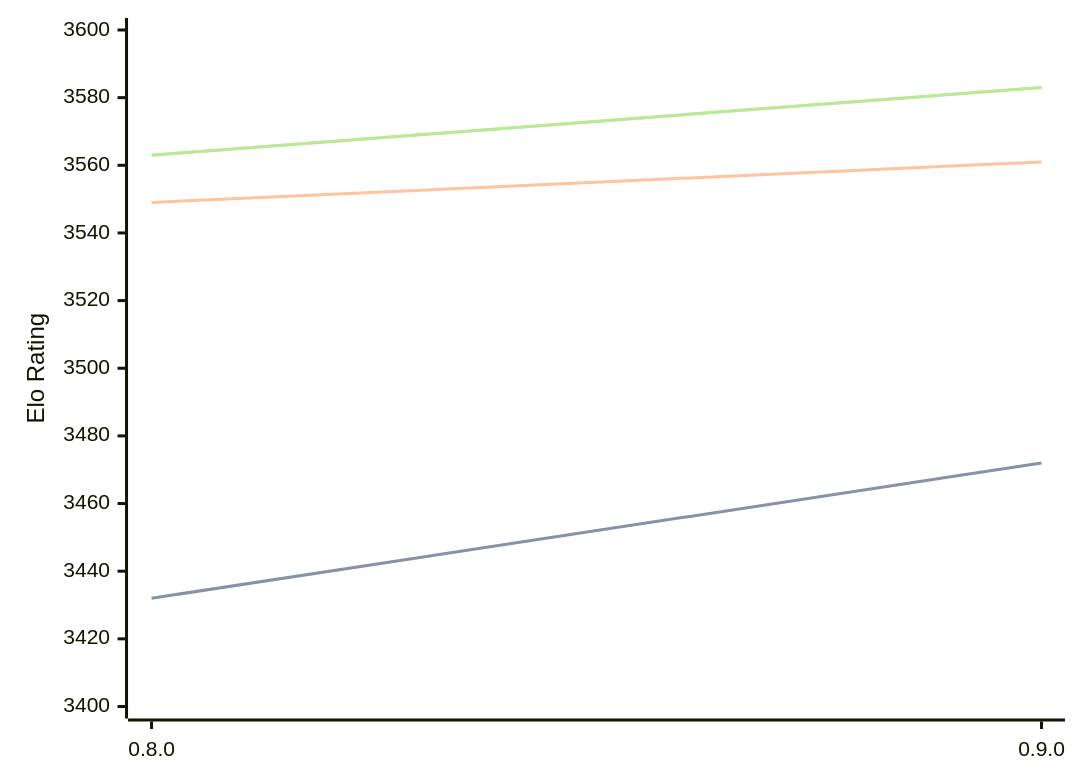
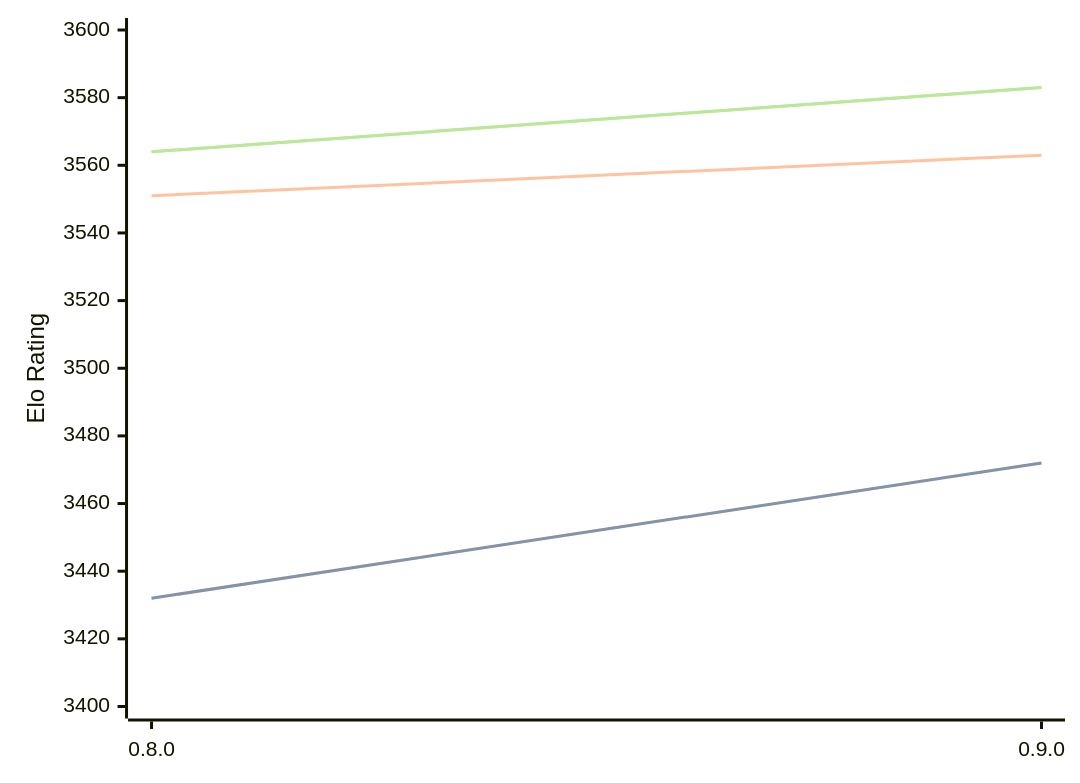
The diagram in engines/Reckless.md (computer-chess-index/cci), drawn with Mermaid before and after one commit. The commit also changed other lines of this file, not shown here.

Commit message:
Update CCI Ratings (ELO VLTC) - 2026-07-30

````diff
--- a/engines/Reckless.md
+++ b/engines/Reckless.md
@@ -39,11 +39,11 @@
 ```mermaid
 %%{init: {"theme":"base","themeVariables":{"seriesColors:['#a3a3a3','#222221','#faa371']}}}%%
 xychart-beta
   x-axis ["0.8.0", "0.9.0"]
   y-axis "Elo Rating" 3400 --> 3600
   line "STC (8.0+0.08s)" [3432, 3472]
   line "STC (8.0+0.08s)" [3432, 3472]
-  line "LTC (60.0+0.60s)" [3549, 3561]
-  line "VLTC (2m24s+1.12s)" [3563, 3583]
-  line "VLTC (2m24s+1.12s)" [3563, 3583]
+  line "LTC (60.0+0.60s)" [3551, 3563]
+  line "VLTC (2m24s+1.12s)" [3564, 3583]
+  line "VLTC (2m24s+1.12s)" [3564, 3583]
 ```
````
